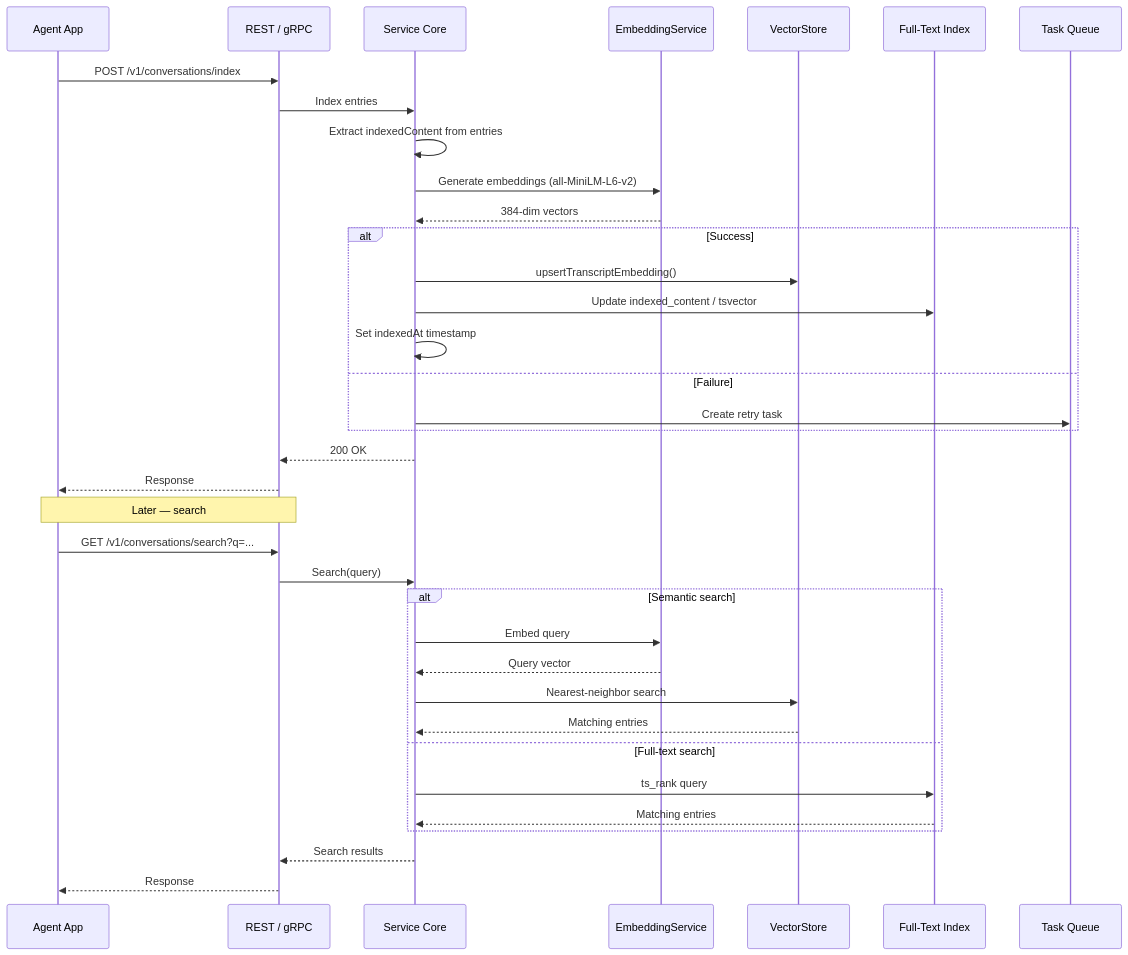
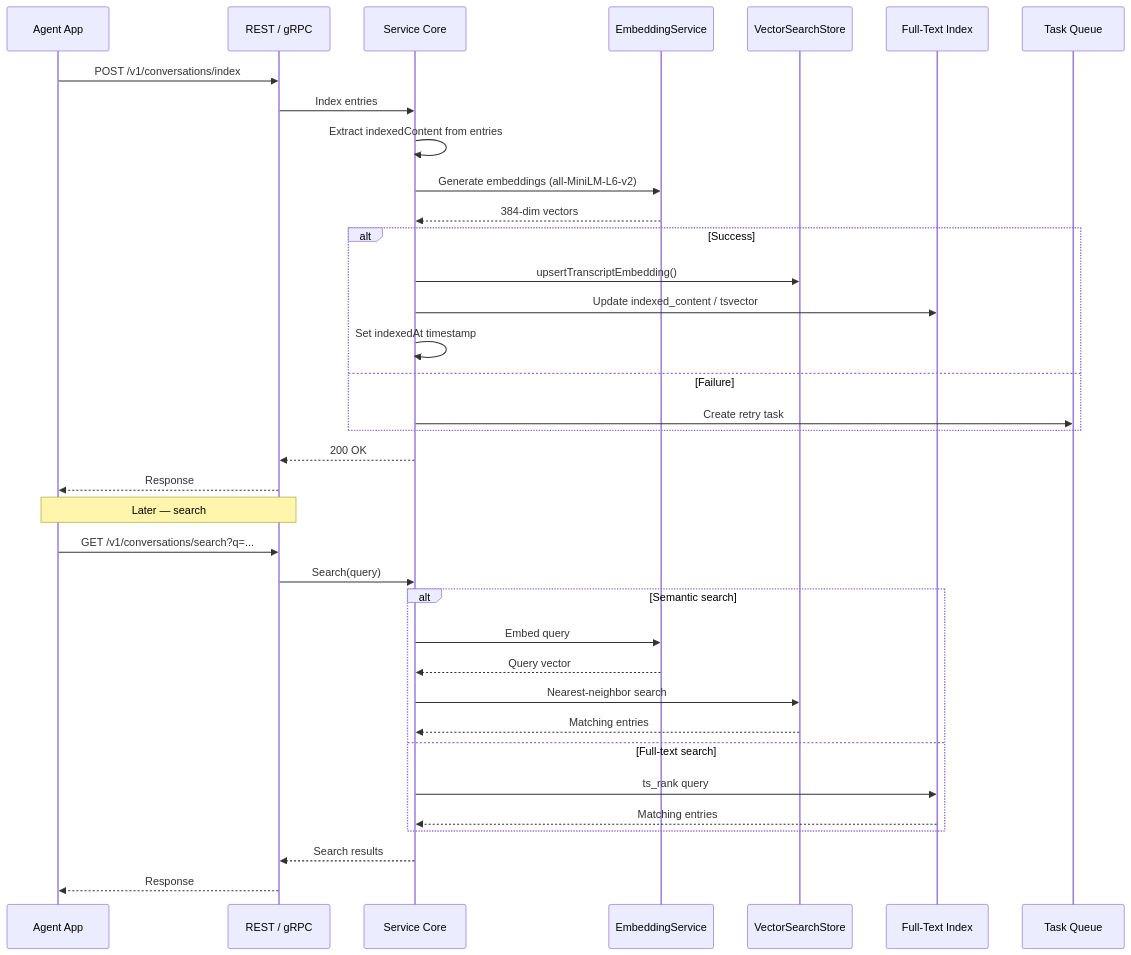
One commit to chirino/memory-service changed the fifth of 9 diagrams in docs/architecture.md. Above: the diagram before and after it, drawn with Mermaid. The commit also changed other lines of this file and 5 other files, not shown here.

First line of the commit message:
docs: update vector store references to document only pgvector and qdrant

````diff
--- a/docs/architecture.md
+++ b/docs/architecture.md
@@ -173,44 +173,44 @@
 ```mermaid
 sequenceDiagram
     participant Agent as Agent App
     participant API as REST / gRPC
     participant Svc as Service Core
     participant Embed as EmbeddingService
-    participant Vec as VectorStore
+    participant Vec as VectorSearchStore
     participant FTS as Full-Text Index
     participant Tasks as Task Queue
 
     Agent->>API: POST /v1/conversations/index
     API->>Svc: Index entries
     Svc->>Svc: Extract indexedContent from entries
     Svc->>Embed: Generate embeddings (all-MiniLM-L6-v2)
     Embed-->>Svc: 384-dim vectors
 
     alt Success
         Svc->>Vec: upsertTranscriptEmbedding()
         Svc->>FTS: Update indexed_content / tsvector
         Svc->>Svc: Set indexedAt timestamp
     else Failure
         Svc->>Tasks: Create retry task
     end
 
     Svc-->>API: 200 OK
     API-->>Agent: Response
 
     Note over Agent,API: Later — search
     Agent->>API: GET /v1/conversations/search?q=...
     API->>Svc: Search(query)
 
     alt Semantic search
         Svc->>Embed: Embed query
         Embed-->>Svc: Query vector
         Svc->>Vec: Nearest-neighbor search
         Vec-->>Svc: Matching entries
     else Full-text search
         Svc->>FTS: ts_rank query
         FTS-->>Svc: Matching entries
     end
 
     Svc-->>API: Search results
     API-->>Agent: Response
 ```
````
